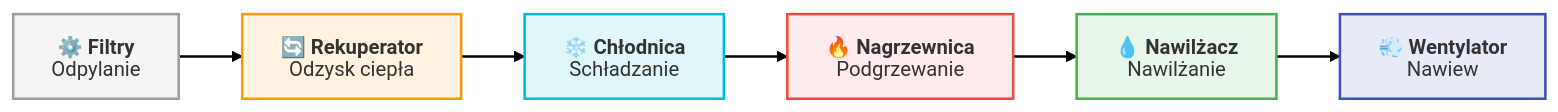
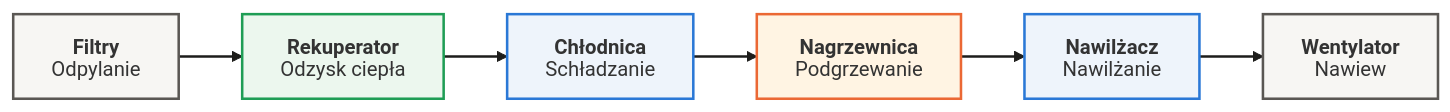
The first of 3 diagrams in Wyklady/13_Klimatyzacja.qmd (moondec/Termodynamika), drawn with Mermaid before and after one commit. The commit also changed other lines of this file and 229 other files, not shown here.

````diff
--- a/Wyklady/13_Klimatyzacja.qmd
+++ b/Wyklady/13_Klimatyzacja.qmd
@@ -93,25 +98,24 @@
 ```{mermaid}
 %%| fig-align: center
-
 %%{init: {'theme': 'default', 'flowchart': {'htmlLabels': false, 'wrappingWidth': 400, 'subGraphTitleMargin': {'top': 6, 'bottom': 16}}, 'themeVariables': {'fontSize': '16px', 'fontFamily': 'Arial, Helvetica, sans-serif'}, 'htmlLabels': false}}%%
 flowchart LR
-    F["`⚙️ **Filtry**
-Odpylanie`"] --> REC["`🔄 **Rekuperator**
+    F["`**Filtry**
+Odpylanie`"] --> REC["`**Rekuperator**
 Odzysk ciepła`"]
-    REC --> CH["`❄️ **Chłodnica**
+    REC --> CH["`**Chłodnica**
 Schładzanie`"]
-    CH --> N["`🔥 **Nagrzewnica**
+    CH --> N["`**Nagrzewnica**
 Podgrzewanie`"]
-    N --> NAW["`💧 **Nawilżacz**
+    N --> NAW["`**Nawilżacz**
 Nawilżanie`"]
-    NAW --> W["`💨 **Wentylator**
+    NAW --> W["`**Wentylator**
 Nawiew`"]
-    
-    style F fill:#f5f5f5,stroke:#9e9e9e,stroke-width:2px
-    style REC fill:#fff3e0,stroke:#f39c12,stroke-width:2px
-    style CH fill:#e0f7fa,stroke:#00bcd4,stroke-width:2px
-    style N fill:#ffebee,stroke:#e74c3c,stroke-width:2px
-    style NAW fill:#e8f5e9,stroke:#4caf50,stroke-width:2px
-    style W fill:#e8eaf6,stroke:#3f51b5,stroke-width:2px
-    linkStyle default stroke-width:2px,fill:none,stroke:black
+
+    style F fill:#f7f6f3,stroke:#5a5753,stroke-width:2px
+    style REC fill:#ecf7ee,stroke:#1f9d55,stroke-width:2px
+    style CH fill:#eef4fb,stroke:#2a78d6,stroke-width:2px
+    style N fill:#fff4e3,stroke:#eb6834,stroke-width:2px
+    style NAW fill:#eef4fb,stroke:#2a78d6,stroke-width:2px
+    style W fill:#f7f6f3,stroke:#5a5753,stroke-width:2px
+    linkStyle default stroke-width:2px,fill:none,stroke:#1d1d1b
 ```
````
